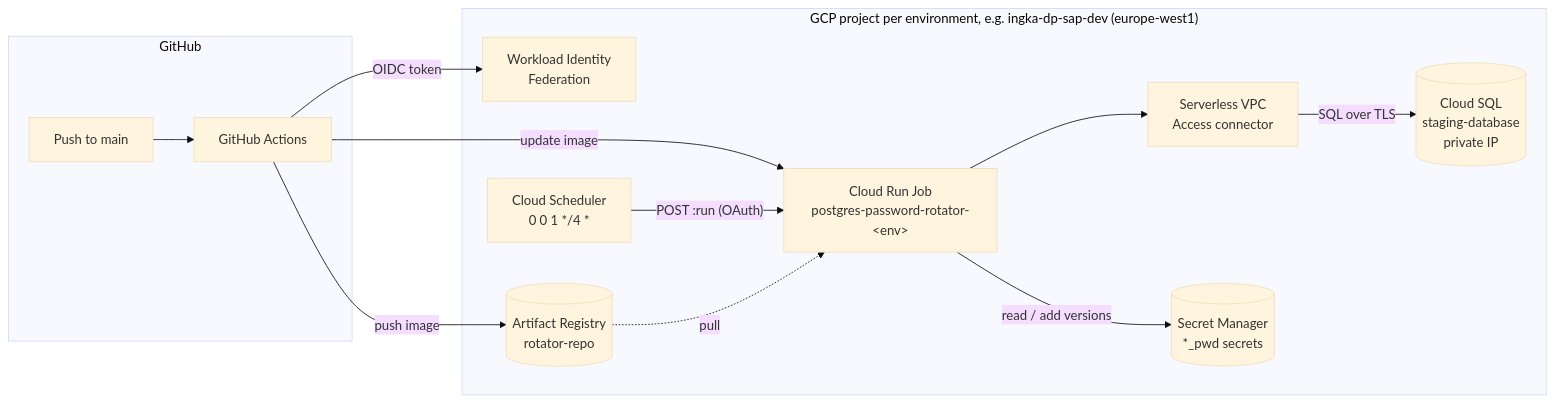
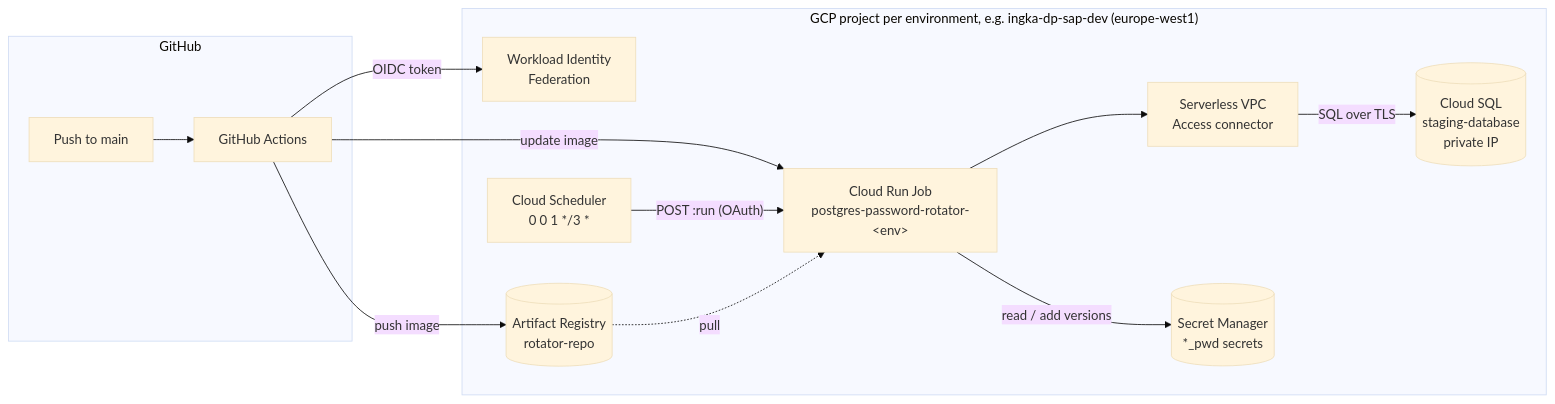
The first of 2 diagrams in ARCHITECTURE.md (Sarank-tech/gcp-postgres-password-rotator), drawn with Mermaid (base theme) before and after one commit. The commit also changed other lines of this file and 3 other files, not shown here.

````diff
--- a/ARCHITECTURE.md
+++ b/ARCHITECTURE.md
@@ -18,22 +18,22 @@
 ```mermaid
 flowchart LR
     subgraph GitHub
         GH[Push to main] --> GA[GitHub Actions]
     end
     subgraph GCP["GCP project per environment, e.g. ingka-dp-sap-dev (europe-west1)"]
         WIF[Workload Identity<br/>Federation]
         AR[(Artifact Registry<br/>rotator-repo)]
-        SCH[Cloud Scheduler<br/>0 0 1 */4 *]
+        SCH[Cloud Scheduler<br/>0 0 1 */3 *]
         JOB[Cloud Run Job<br/>postgres-password-rotator-&lt;env&gt;]
         VPCC[Serverless VPC<br/>Access connector]
         SQL[(Cloud SQL<br/>staging-database<br/>private IP)]
         SM[(Secret Manager<br/>*_pwd secrets)]
     end
     GA -- OIDC token --> WIF
     GA -- push image --> AR
     GA -- update image --> JOB
     SCH -- "POST :run (OAuth)" --> JOB
     AR -. pull .-> JOB
     JOB -- read / add versions --> SM
     JOB --> VPCC -- "SQL over TLS" --> SQL
 ```
````
